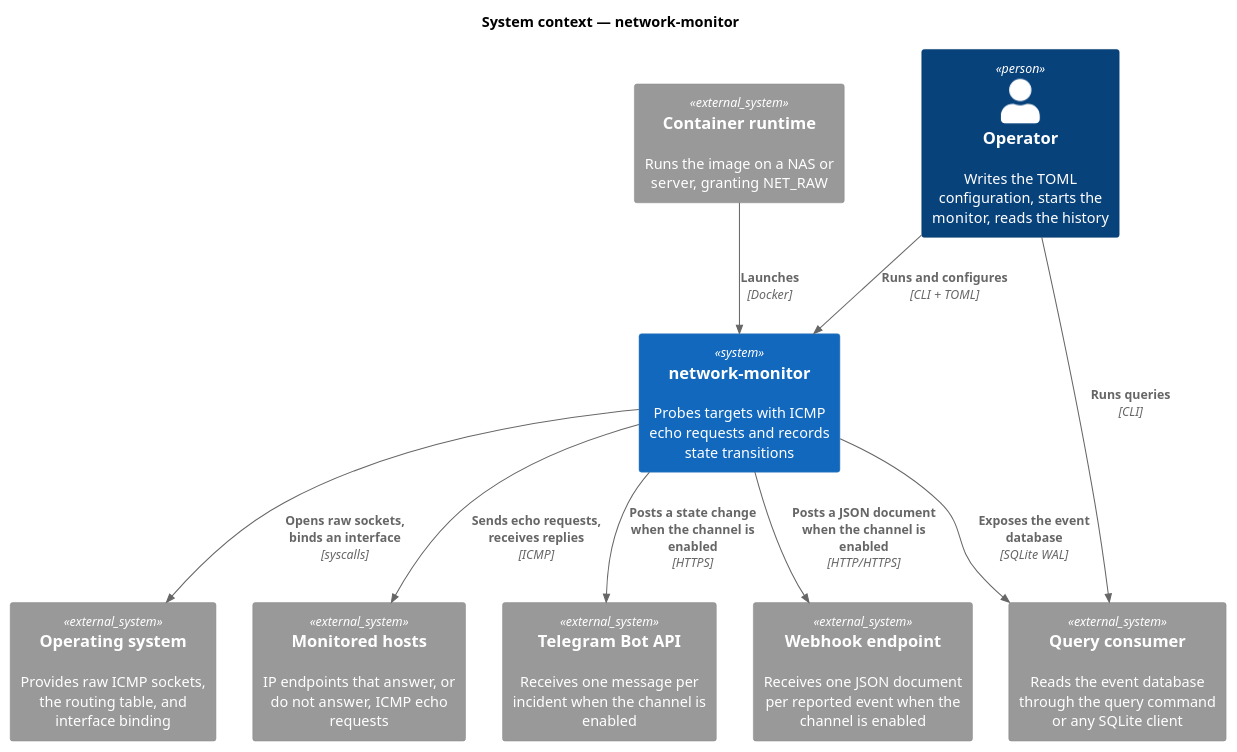
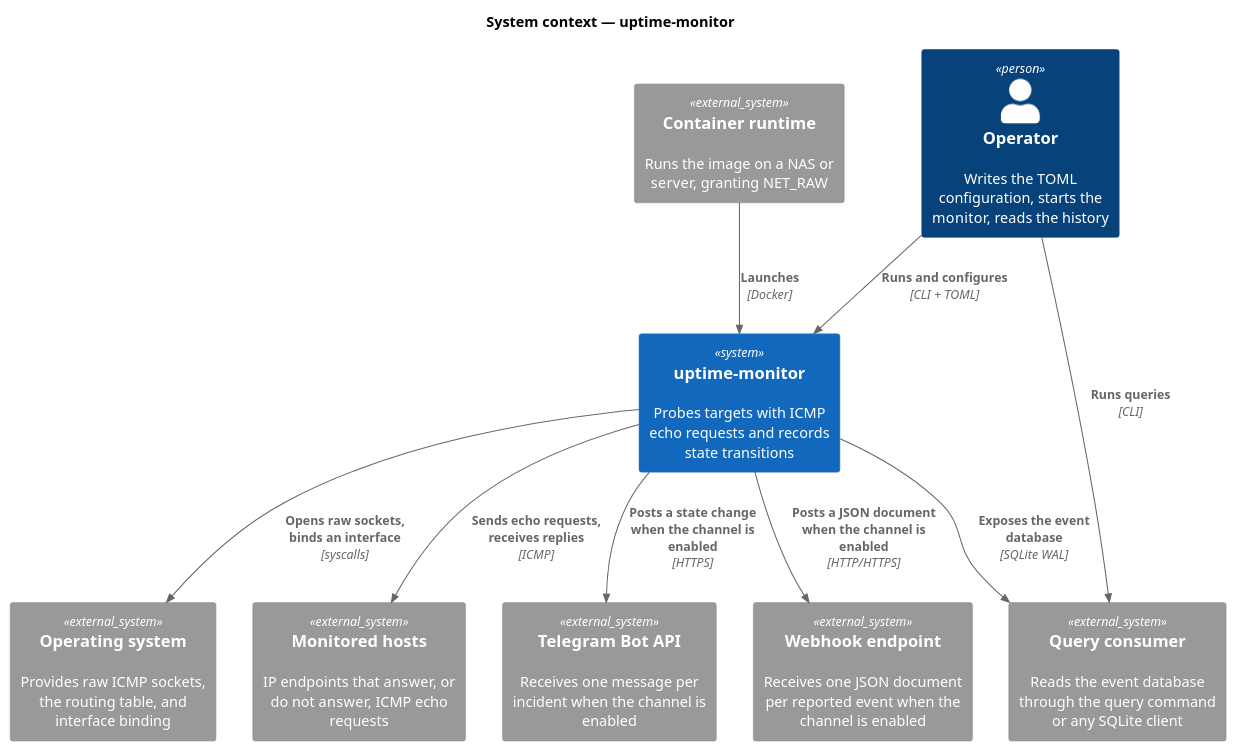
Before and after one commit to dashie/network-monitor: the first of 3 diagrams in docs/ARCHITECTURE.md, drawn with PlantUML. The commit also changed other lines of this file and 61 other files, not shown here.

Commit message:
refactor(repository-wide): rename the tool to uptime-monitor

````diff
--- a/docs/ARCHITECTURE.md
+++ b/docs/ARCHITECTURE.md
@@ -34,26 +34,26 @@
 ```plantuml
 @startuml
 !include <C4/C4_Context>
 
-title System context — network-monitor
+title System context — uptime-monitor
 
 Person(operator, "Operator", "Writes the TOML configuration, starts the monitor, reads the history")
-System(monitor, "network-monitor", "Probes targets with ICMP echo requests and records state transitions")
+System(monitor, "uptime-monitor", "Probes targets with ICMP echo requests and records state transitions")
 
 System_Ext(hosts, "Monitored hosts", "IP endpoints that answer, or do not answer, ICMP echo requests")
 System_Ext(os, "Operating system", "Provides raw ICMP sockets, the routing table, and interface binding")
 System_Ext(runtime, "Container runtime", "Runs the image on a NAS or server, granting NET_RAW")
 System_Ext(consumer, "Query consumer", "Reads the event database through the query command or any SQLite client")
 System_Ext(telegram, "Telegram Bot API", "Receives one message per incident when the channel is enabled")
 System_Ext(hook, "Webhook endpoint", "Receives one JSON document per reported event when the channel is enabled")
 
 Rel(operator, monitor, "Runs and configures", "CLI + TOML")
 Rel(operator, consumer, "Runs queries", "CLI")
 Rel(runtime, monitor, "Launches", "Docker")
 Rel(monitor, os, "Opens raw sockets, binds an interface", "syscalls")
 Rel(monitor, hosts, "Sends echo requests, receives replies", "ICMP")
 Rel(monitor, telegram, "Posts a state change when the channel is enabled", "HTTPS")
 Rel(monitor, hook, "Posts a JSON document when the channel is enabled", "HTTP/HTTPS")
 Rel(monitor, consumer, "Exposes the event database", "SQLite WAL")
 @enduml
 ```
````
